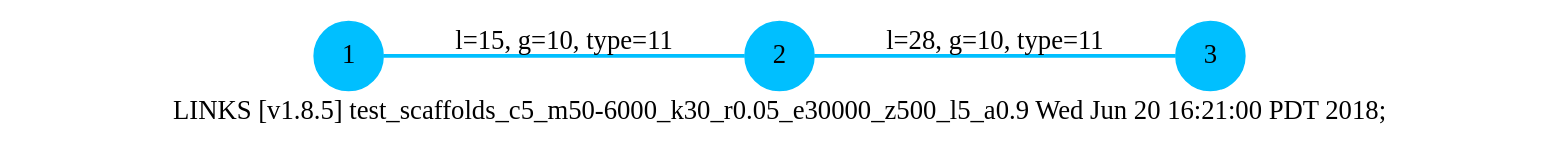
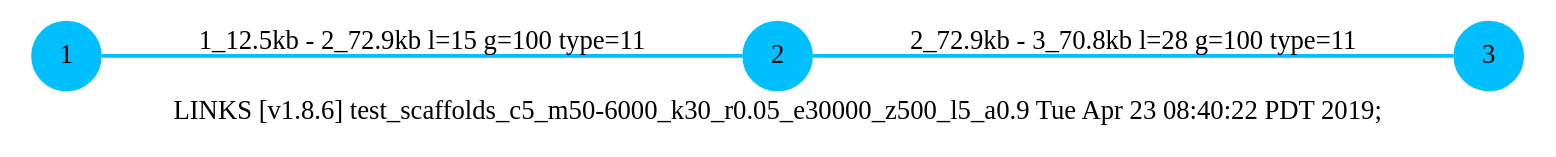
One commit to bcgsc/arks changed the diagram in Examples/arks_test-demo/output/test_scaffolds_c5_m50-6000_k30_r0.05_e30000_z500_l5_a0.9.gv. Above: the diagram before and after it, drawn with Graphviz. The commit also changed 7 other files, not shown here.

```diff
--- a/Examples/arks_test-demo/output/test_scaffolds_c5_m50-6000_k30_r0.05_e30000_z500_l5_a0.9.gv
+++ b/Examples/arks_test-demo/output/test_scaffolds_c5_m50-6000_k30_r0.05_e30000_z500_l5_a0.9.gv
@@ -1,11 +1,11 @@
 graph LINKS{
-	label="LINKS [v1.8.5] test_scaffolds_c5_m50-6000_k30_r0.05_e30000_z500_l5_a0.9 Wed Jun 20 16:21:00 PDT 2018;"
+	label="LINKS [v1.8.6] test_scaffolds_c5_m50-6000_k30_r0.05_e30000_z500_l5_a0.9 Tue Apr 23 08:40:22 PDT 2019;"
 	rankdir=LR;
 	node [shape = circle];
 	1 [style=filled, fillcolor=deepskyblue, color=deepskyblue]
 	2 [style=filled, fillcolor=deepskyblue, color=deepskyblue]
-	1 -- 2 [ label = "l=15, g=10, type=11", penwidth=2.0, color=deepskyblue ]
+	1 -- 2 [ label = "1_12.5kb - 2_72.9kb l=15 g=100 type=11", penwidth=2.0, color=deepskyblue ]
 	2 [style=filled, fillcolor=deepskyblue, color=deepskyblue]
 	3 [style=filled, fillcolor=deepskyblue, color=deepskyblue]
-	2 -- 3 [ label = "l=28, g=10, type=11", penwidth=2.0, color=deepskyblue ]
+	2 -- 3 [ label = "2_72.9kb - 3_70.8kb l=28 g=100 type=11", penwidth=2.0, color=deepskyblue ]
 }
```
